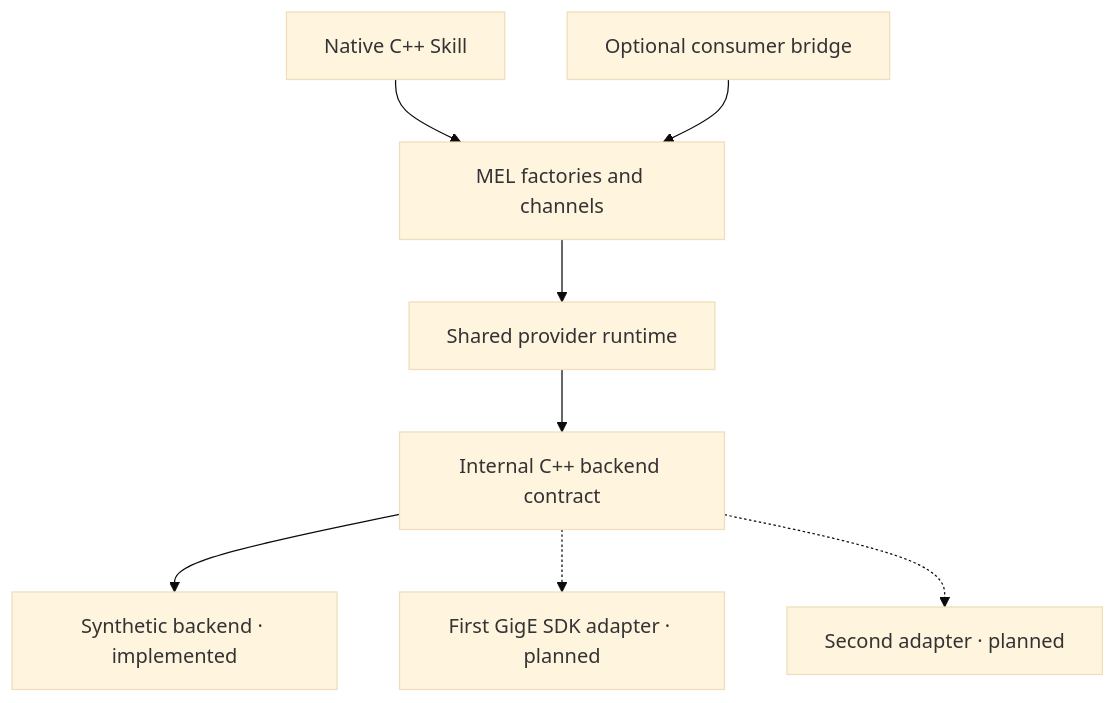
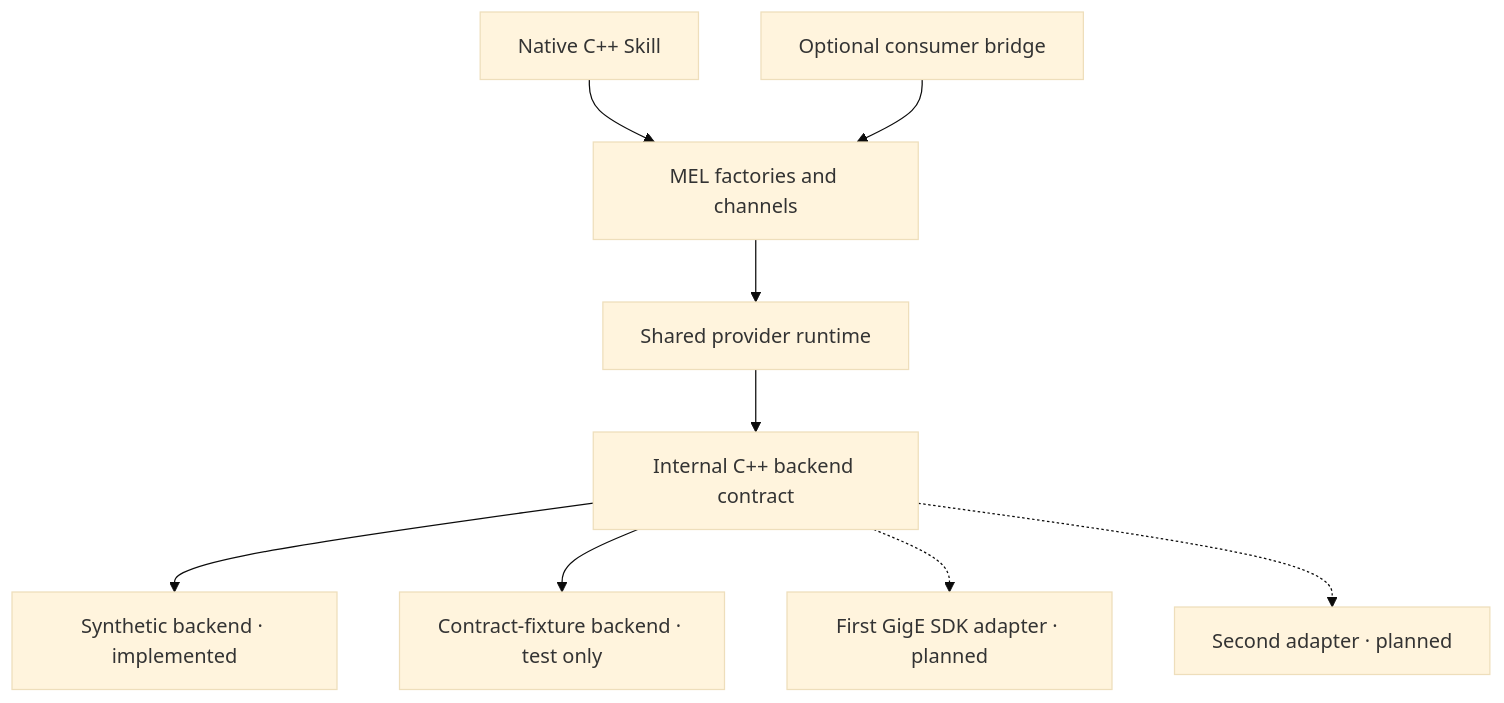
Before and after one commit to zackboll/ams-gra-gige-mel-provider: the diagram in README.md, drawn with Mermaid (base theme). The commit also changed other lines of this file and 6 other files, not shown here.

````diff
--- a/README.md
+++ b/README.md
@@ -88,10 +88,11 @@
 ```mermaid
 flowchart TD
     Skill["Native C++ Skill"] --> MEL["MEL factories and channels"]
     Bridge["Optional consumer bridge"] --> MEL
     MEL --> Runtime["Shared provider runtime"]
     Runtime --> Contract["Internal C++ backend contract"]
     Contract --> Synthetic["Synthetic backend · implemented"]
+    Contract --> Fixture["Contract-fixture backend · test only"]
     Contract -.-> SDK1["First GigE SDK adapter · planned"]
     Contract -.-> SDK2["Second adapter · planned"]
 ```
````
